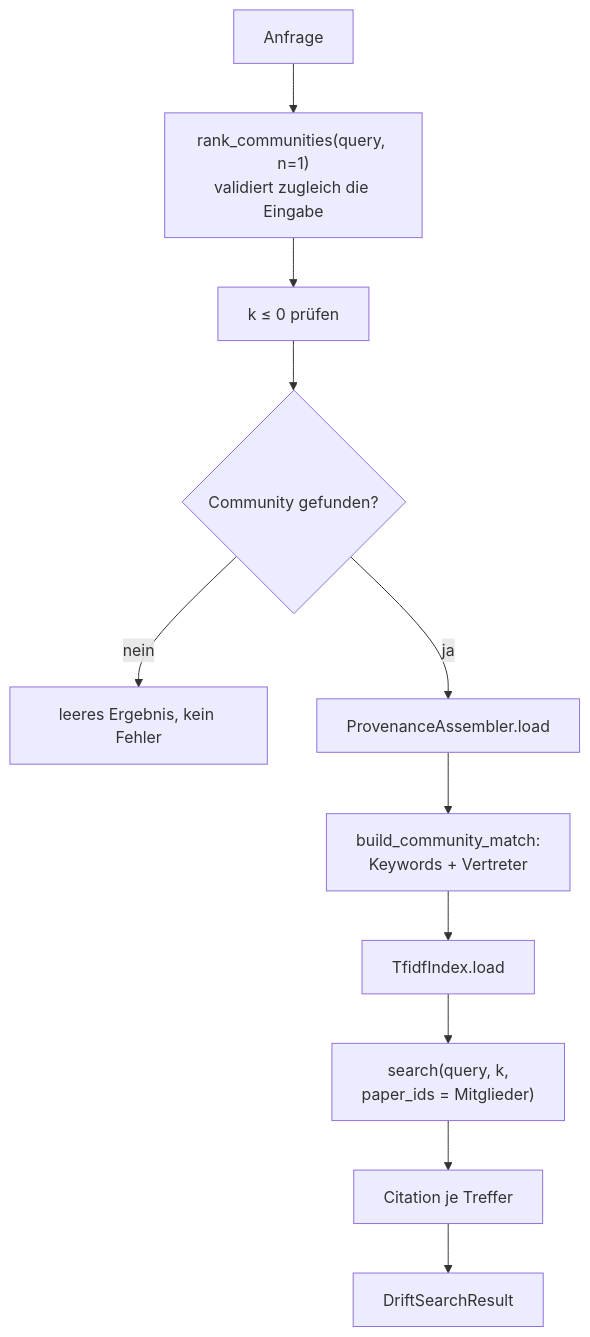
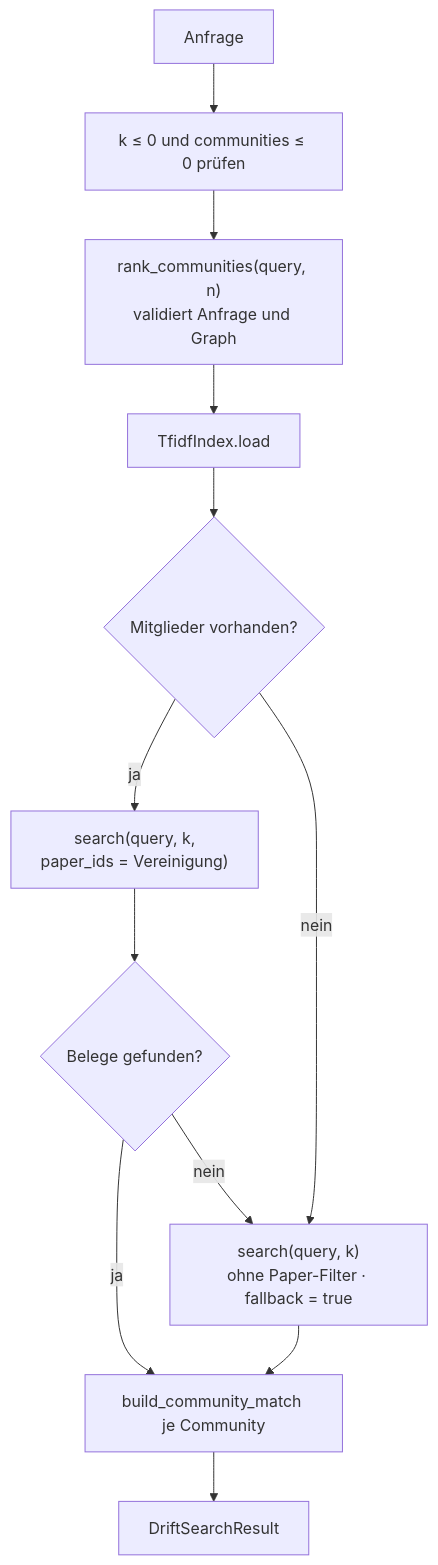
One commit to MomoEngineer/research-graphrag changed the first of 2 diagrams in src/research_graphrag/retrieval/doc/drift.md. Above: the diagram before and after it, drawn with Mermaid. The commit also changed other lines of this file and 24 other files, not shown here.

First line of the commit message:
feat: Implement community union and fallback mechanism in DRIFT search (Phase 10 / V2)

````diff
--- a/src/research_graphrag/retrieval/doc/drift.md
+++ b/src/research_graphrag/retrieval/doc/drift.md
@@ -32,13 +32,14 @@
 ```mermaid
 flowchart TD
-    Q["Anfrage"] --> R["rank_communities(query, n=1)<br/>validiert zugleich die Eingabe"]
-    R --> KV["k ≤ 0 prüfen"]
-    KV --> E{"Community gefunden?"}
-    E -- nein --> EMPTY["leeres Ergebnis, kein Fehler"]
-    E -- ja --> PA["ProvenanceAssembler.load"]
-    PA --> BM["build_community_match:<br/>Keywords + Vertreter"]
-    BM --> IX["TfidfIndex.load"]
-    IX --> S["search(query, k,<br/>paper_ids = Mitglieder)"]
-    S --> C["Citation je Treffer"]
-    C --> RES["DriftSearchResult"]
+    Q["Anfrage"] --> KV["k ≤ 0 und communities ≤ 0 prüfen"]
+    KV --> R["rank_communities(query, n)<br/>validiert Anfrage und Graph"]
+    R --> IX["TfidfIndex.load"]
+    IX --> U{"Mitglieder vorhanden?"}
+    U -- ja --> S["search(query, k,<br/>paper_ids = Vereinigung)"]
+    U -- nein --> FB
+    S --> H{"Belege gefunden?"}
+    H -- ja --> BM["build_community_match je Community"]
+    H -- nein --> FB["search(query, k)<br/>ohne Paper-Filter · fallback = true"]
+    FB --> BM
+    BM --> RES["DriftSearchResult"]
 ```
````
